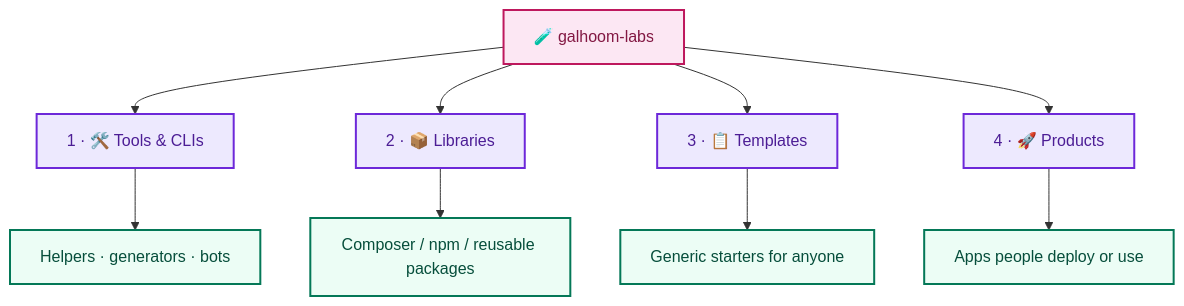
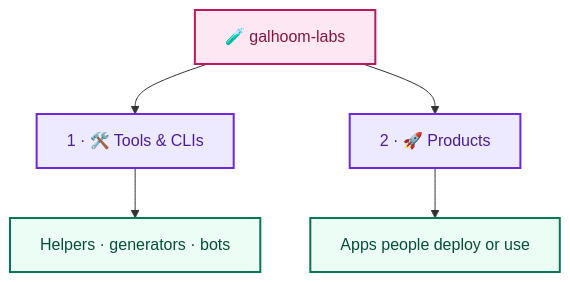
The diagram in profile/README.md (galhoom-labs/.github), drawn with Mermaid before and after one commit. The commit also changed other lines of this file, not shown here.

Commit message:
docs: Labs diagram = Tools & CLIs + Products only

````diff
--- a/profile/README.md
+++ b/profile/README.md
@@ -16,19 +16,15 @@
 ```mermaid
 flowchart TB
   LABS["🧪 galhoom-labs"]
   LABS --> T["1 · 🛠️ Tools & CLIs"]
-  LABS --> LIB["2 · 📦 Libraries"]
-  LABS --> TMPL["3 · 📋 Templates"]
-  LABS --> PROD["4 · 🚀 Products"]
+  LABS --> PROD["2 · 🚀 Products"]
   T --> T1["Helpers · generators · bots"]
-  LIB --> L1["Composer / npm / reusable packages"]
-  TMPL --> M1["Generic starters for anyone"]
   PROD --> P1["Apps people deploy or use"]
 
   classDef org fill:#fce7f3,stroke:#be185d,color:#831843,stroke-width:2px
   classDef track fill:#ede9fe,stroke:#6d28d9,color:#4c1d95,stroke-width:2px
   classDef item fill:#ecfdf5,stroke:#047857,color:#064e3b,stroke-width:2px
   class LABS org
-  class T,LIB,TMPL,PROD track
-  class T1,L1,M1,P1 item
+  class T,PROD track
+  class T1,P1 item
 ```
````
